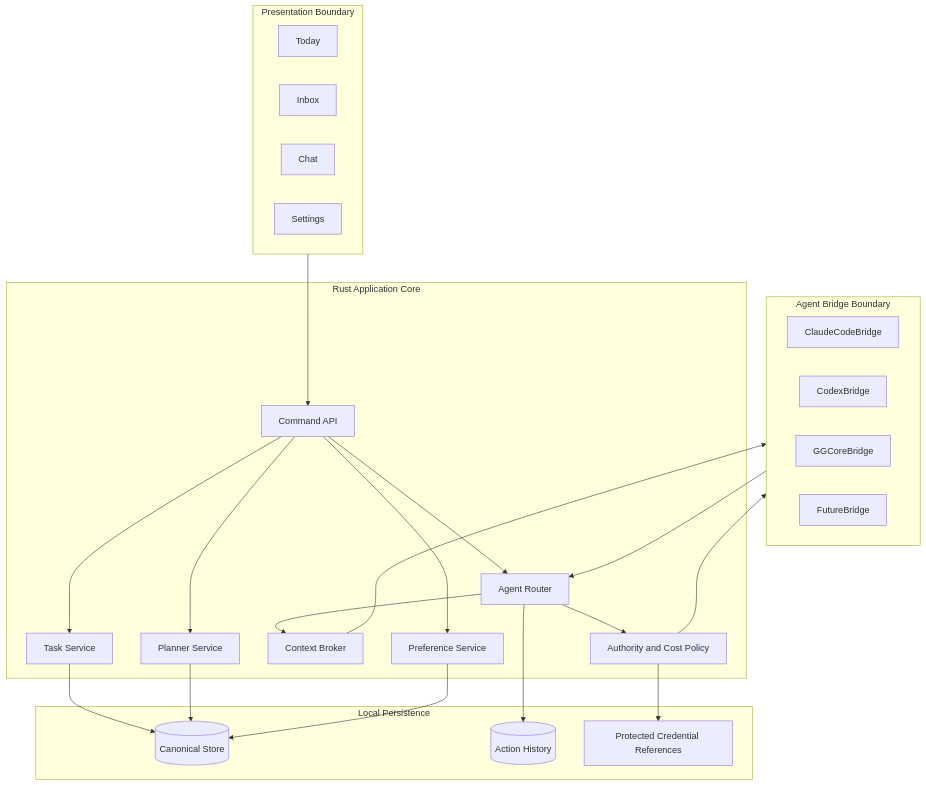
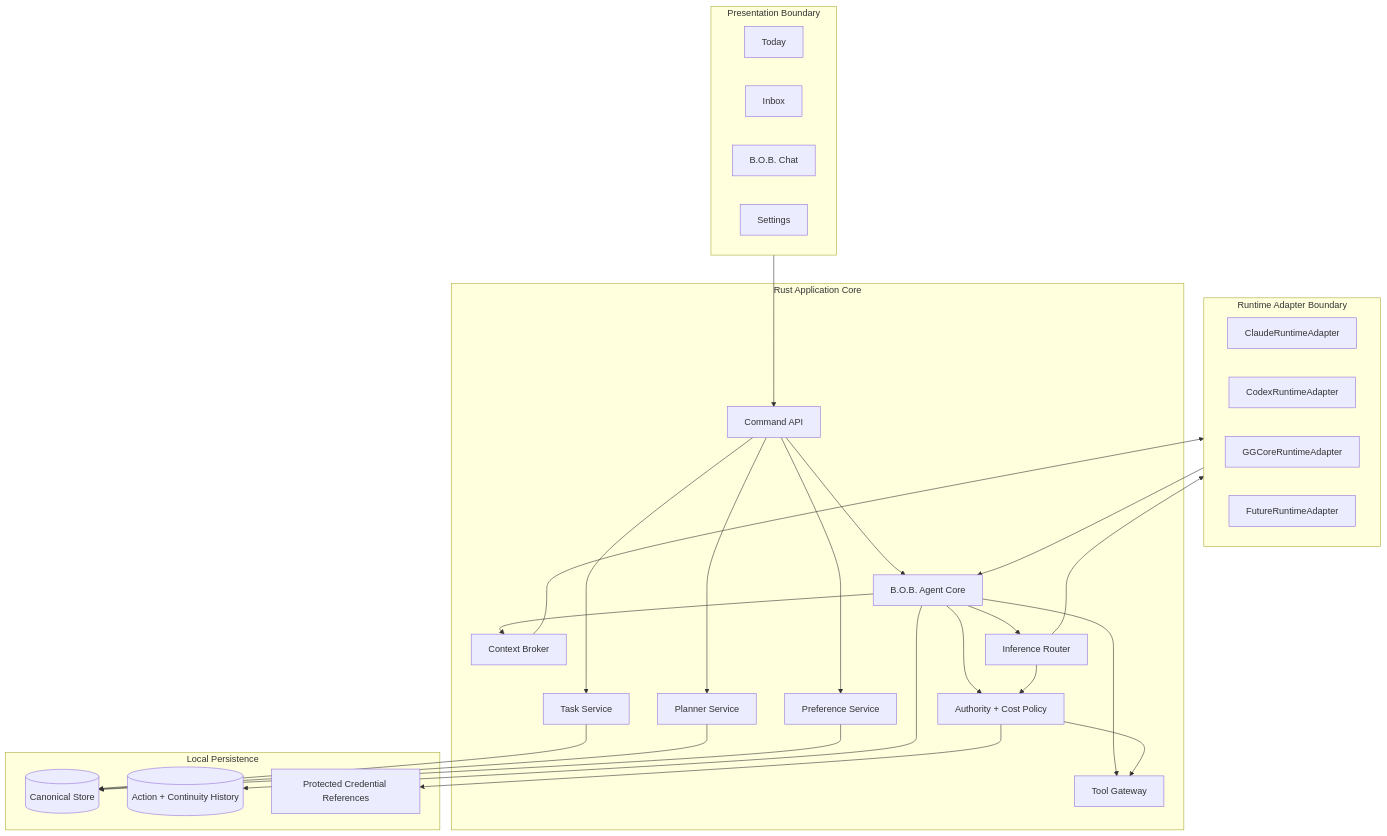
Before and after one commit to Knapp-Kevin/B.O.B.: the second of 4 diagrams in docs/ARCHITECTURE.md, drawn with Mermaid. The commit also changed other lines of this file, not shown here.

Commit message:
Define single-agent multi-runtime target architecture

````diff
--- a/docs/ARCHITECTURE.md
+++ b/docs/ARCHITECTURE.md
@@ -40,48 +46,57 @@
 ```mermaid
 flowchart TB
     subgraph UI[Presentation Boundary]
         TODAY[Today]
         INBOX[Inbox]
-        CHAT[Chat]
+        CHAT[B.O.B. Chat]
         SETTINGS[Settings]
     end
 
     subgraph CORE[Rust Application Core]
         CMD[Command API]
+        BOB[B.O.B. Agent Core]
         TASK[Task Service]
         PLAN[Planner Service]
         CONTEXT[Context Broker]
-        ROUTER[Agent Router]
-        POLICY[Authority and Cost Policy]
+        ROUTER[Inference Router]
+        POLICY[Authority + Cost Policy]
+        TOOLS[Tool Gateway]
         PREF[Preference Service]
     end
 
     subgraph DATA[Local Persistence]
         STORE[(Canonical Store)]
-        AUDIT[(Action History)]
+        HISTORY[(Action + Continuity History)]
         SECRET[Protected Credential References]
     end
 
-    subgraph BRIDGES[Agent Bridge Boundary]
-        CLAUDE[ClaudeCodeBridge]
-        CODEX[CodexBridge]
-        GG[GGCoreBridge]
-        OTHER[FutureBridge]
+    subgraph RUNTIMES[Runtime Adapter Boundary]
+        CLAUDE[ClaudeRuntimeAdapter]
+        CODEX[CodexRuntimeAdapter]
+        GG[GGCoreRuntimeAdapter]
+        OTHER[FutureRuntimeAdapter]
     end
 
     UI --> CMD
+    CMD --> BOB
     CMD --> TASK
     CMD --> PLAN
-    CMD --> ROUTER
     CMD --> PREF
+
+    BOB --> CONTEXT
+    BOB --> ROUTER
+    BOB --> POLICY
+    BOB --> TOOLS
+
     TASK --> STORE
     PLAN --> STORE
     PREF --> STORE
-    ROUTER --> CONTEXT
+    BOB --> HISTORY
+
     ROUTER --> POLICY
-    POLICY --> BRIDGES
-    CONTEXT --> BRIDGES
-    BRIDGES --> ROUTER
-    ROUTER --> AUDIT
+    ROUTER --> RUNTIMES
+    CONTEXT --> RUNTIMES
+    RUNTIMES --> BOB
     POLICY --> SECRET
+    POLICY --> TOOLS
 ```
````
